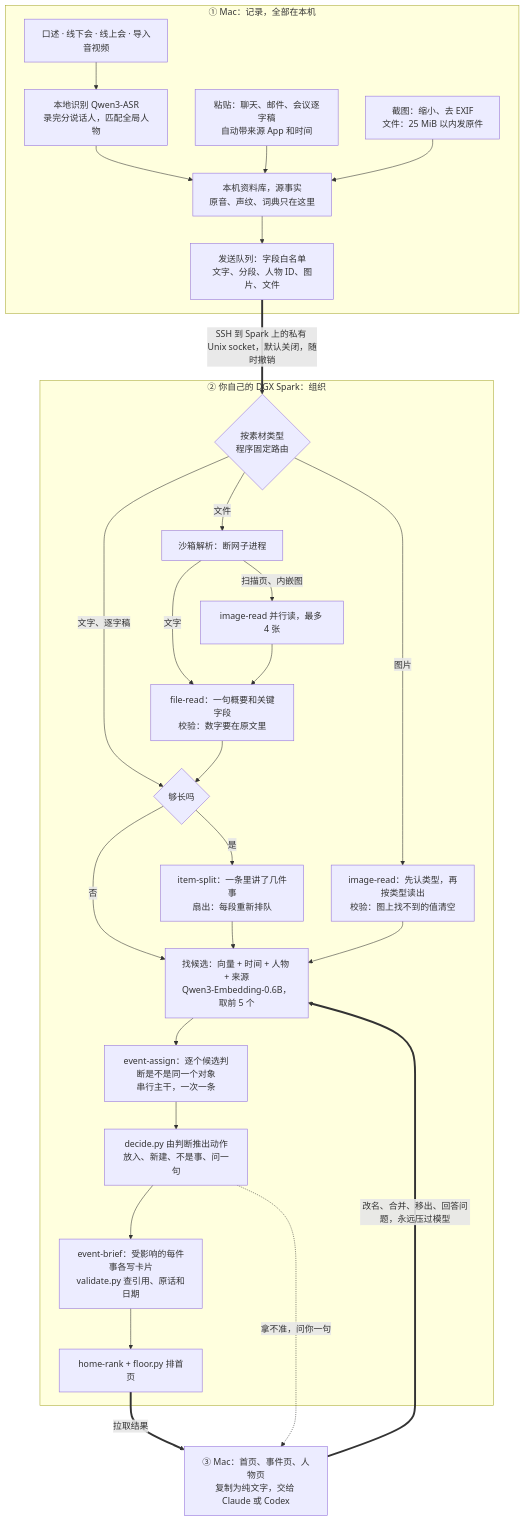
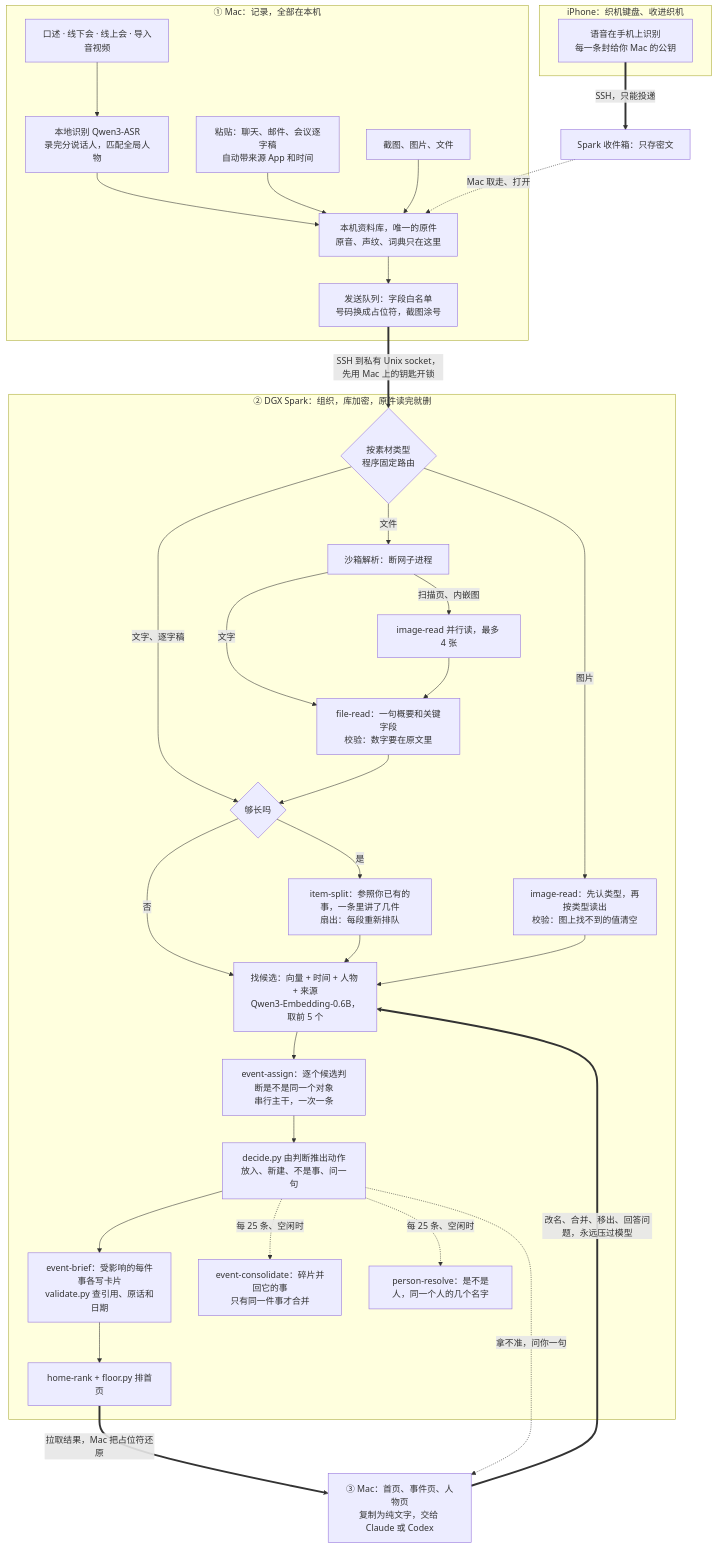
One commit to Yusong-Enceladus/mindloom changed the diagram in docs/ESSAY.md. Above: the diagram before and after it, drawn with Mermaid. The commit also changed other lines of this file and 327 other files, not shown here.

First line of the commit message:
v6: privacy system for a team-shared Spark, iPhone voice keyboard and share extension, consolidation skills, evaluation update, new icon

````diff
--- a/docs/ESSAY.md
+++ b/docs/ESSAY.md
@@ -101,34 +120,41 @@
 ```mermaid
 graph TB
+  subgraph PHONE [iPhone：织机键盘、收进织机]
+    P1["语音在手机上识别<br/>每一条封给你 Mac 的公钥"]
+  end
   subgraph MAC [① Mac：记录，全部在本机]
     A1["口述 · 线下会 · 线上会 · 导入音视频"] --> ASR["本地识别 Qwen3-ASR<br/>录完分说话人，匹配全局人物"]
     A2["粘贴：聊天、邮件、会议逐字稿<br/>自动带来源 App 和时间"]
-    A3["截图：缩小、去 EXIF<br/>文件：25 MiB 以内发原件"]
-    ASR --> LIB["本机资料库，源事实<br/>原音、声纹、词典只在这里"]
+    A3["截图、图片、文件"]
+    ASR --> LIB["本机资料库，唯一的原件<br/>原音、声纹、词典只在这里"]
     A2 --> LIB
     A3 --> LIB
-    LIB --> OUT["发送队列：字段白名单<br/>文字、分段、人物 ID、图片、文件"]
+    LIB --> OUT["发送队列：字段白名单<br/>号码换成占位符，截图涂号"]
   end
-  OUT ==>|SSH 到 Spark 上的私有 Unix socket，默认关闭，随时撤销| ROUTE
-  subgraph SPARK [② 你自己的 DGX Spark：组织]
+  P1 ==>|SSH，只能投递| INBOX["Spark 收件箱：只存密文"]
+  INBOX -.->|Mac 取走、打开| LIB
+  OUT ==>|SSH 到私有 Unix socket，先用 Mac 上的钥匙开锁| ROUTE
+  subgraph SPARK [② DGX Spark：组织，库加密，原件读完就删]
     ROUTE{"按素材类型<br/>程序固定路由"}
     ROUTE -->|图片| IR["image-read：先认类型，再按类型读出<br/>校验：图上找不到的值清空"]
     ROUTE -->|文件| FP["沙箱解析：断网子进程"]
     FP -->|扫描页、内嵌图| IR2["image-read 并行读，最多 4 张"]
     FP -->|文字| FR["file-read：一句概要和关键字段<br/>校验：数字要在原文里"]
     IR2 --> FR
     ROUTE -->|文字、逐字稿| LEN{"够长吗"}
     FR --> LEN
-    LEN -->|是| SPLIT["item-split：一条里讲了几件事<br/>扇出：每段重新排队"]
+    LEN -->|是| SPLIT["item-split：参照你已有的事，一条里讲了几件<br/>扇出：每段重新排队"]
     LEN -->|否| CAND
     SPLIT --> CAND
     IR --> CAND
     CAND["找候选：向量 + 时间 + 人物 + 来源<br/>Qwen3-Embedding-0.6B，取前 5 个"] --> EA["event-assign：逐个候选判断是不是同一个对象<br/>串行主干，一次一条"]
     EA --> DEC["decide.py 由判断推出动作<br/>放入、新建、不是事、问一句"]
     DEC --> BR["event-brief：受影响的每件事各写卡片<br/>validate.py 查引用、原话和日期"]
     BR --> RANK["home-rank + floor.py 排首页"]
+    DEC -.->|每 25 条、空闲时| CONS["event-consolidate：碎片并回它的事<br/>只有同一件事才合并"]
+    DEC -.->|每 25 条、空闲时| PPL["person-resolve：是不是人，同一个人的几个名字"]
   end
-  RANK ==>|拉取结果| UI["③ Mac：首页、事件页、人物页<br/>复制为纯文字，交给 Claude 或 Codex"]
+  RANK ==>|拉取结果，Mac 把占位符还原| UI["③ Mac：首页、事件页、人物页<br/>复制为纯文字，交给 Claude 或 Codex"]
   DEC -.->|拿不准，问你一句| UI
   UI ==>|改名、合并、移出、回答问题，永远压过模型| CAND
 ```
````
